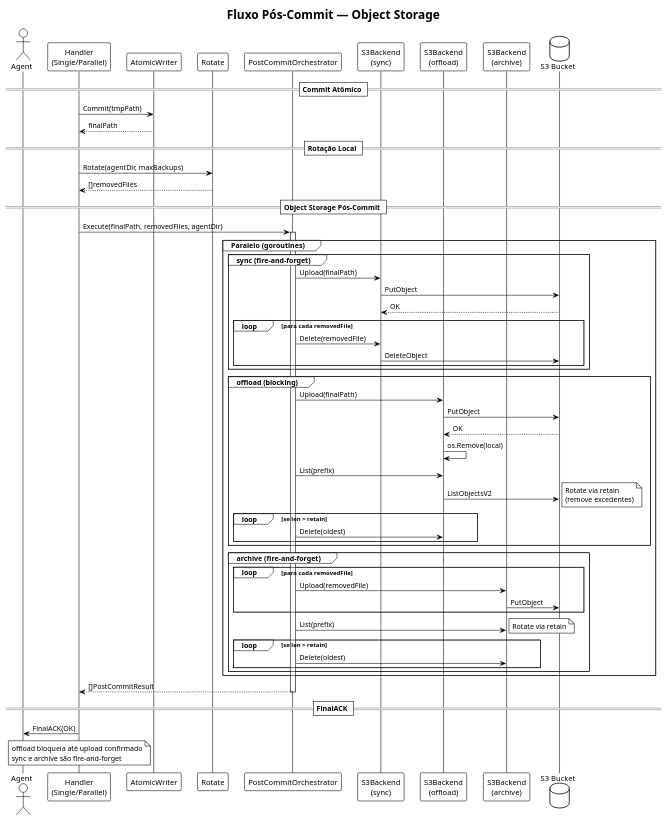
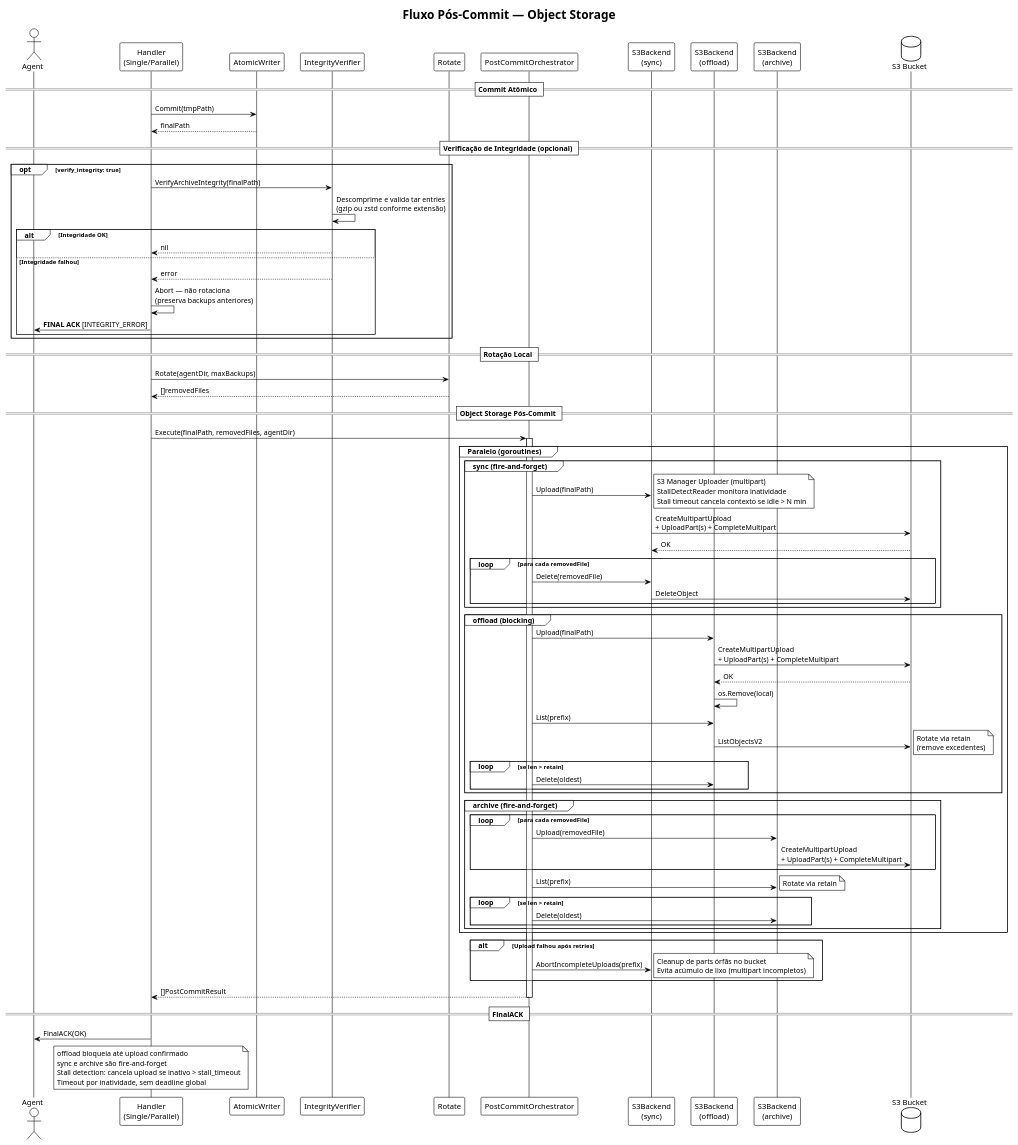
The diagram in docs/diagrams/post_commit_sync.puml (nishisan-dev/n-backup), drawn with PlantUML before and after one commit. The commit also changed 7 other files, not shown here.

First line of the commit message:
docs: atualizar arquitetura e diagramas com componentes atuais

```diff
--- a/docs/diagrams/post_commit_sync.puml
+++ b/docs/diagrams/post_commit_sync.puml
@@ -1,82 +1,112 @@
 @startuml post_commit_sync
 !theme plain
 
 title Fluxo Pós-Commit — Object Storage
 
 actor Agent
 participant "Handler\n(Single/Parallel)" as Handler
 participant "AtomicWriter" as AW
+participant "IntegrityVerifier" as IV
 participant "Rotate" as Rotate
 participant "PostCommitOrchestrator" as PCO
 participant "S3Backend\n(sync)" as Sync
 participant "S3Backend\n(offload)" as Offload
 participant "S3Backend\n(archive)" as Archive
 database "S3 Bucket" as S3
 
 == Commit Atômico ==
 
 Handler -> AW: Commit(tmpPath)
 AW --> Handler: finalPath
+
+== Verificação de Integridade (opcional) ==
+
+opt verify_integrity: true
+  Handler -> IV: VerifyArchiveIntegrity(finalPath)
+  IV -> IV: Descomprime e valida tar entries\n(gzip ou zstd conforme extensão)
+  alt Integridade OK
+    IV --> Handler: nil
+  else Integridade falhou
+    IV --> Handler: error
+    Handler -> Handler: Abort — não rotaciona\n(preserva backups anteriores)
+    Handler -> Agent: **FINAL ACK** [INTEGRITY_ERROR]
+  end
+end
 
 == Rotação Local ==
 
 Handler -> Rotate: Rotate(agentDir, maxBackups)
 Rotate --> Handler: []removedFiles
 
 == Object Storage Pós-Commit ==
 
 Handler -> PCO: Execute(finalPath, removedFiles, agentDir)
 activate PCO
 
 group Paralelo (goroutines)
 
   group sync (fire-and-forget)
     PCO -> Sync: Upload(finalPath)
-    Sync -> S3: PutObject
+    note right
+      S3 Manager Uploader (multipart)
+      StallDetectReader monitora inatividade
+      Stall timeout cancela contexto se idle > N min
+    end note
+    Sync -> S3: CreateMultipartUpload\n+ UploadPart(s) + CompleteMultipart
     S3 --> Sync: OK
     loop para cada removedFile
       PCO -> Sync: Delete(removedFile)
       Sync -> S3: DeleteObject
     end
   end
 
   group offload (blocking)
     PCO -> Offload: Upload(finalPath)
-    Offload -> S3: PutObject
+    Offload -> S3: CreateMultipartUpload\n+ UploadPart(s) + CompleteMultipart
     S3 --> Offload: OK
     Offload -> Offload: os.Remove(local)
     PCO -> Offload: List(prefix)
     Offload -> S3: ListObjectsV2
     note right: Rotate via retain\n(remove excedentes)
     loop se len > retain
       PCO -> Offload: Delete(oldest)
     end
   end
 
   group archive (fire-and-forget)
     loop para cada removedFile
       PCO -> Archive: Upload(removedFile)
-      Archive -> S3: PutObject
+      Archive -> S3: CreateMultipartUpload\n+ UploadPart(s) + CompleteMultipart
     end
     PCO -> Archive: List(prefix)
     note right: Rotate via retain
     loop se len > retain
       PCO -> Archive: Delete(oldest)
     end
   end
 
+end
+
+alt Upload falhou após retries
+  PCO -> Sync: AbortIncompleteUploads(prefix)
+  note right
+    Cleanup de parts órfãs no bucket
+    Evita acúmulo de lixo (multipart incompletos)
+  end note
 end
 
 PCO --> Handler: []PostCommitResult
 deactivate PCO
 
 == FinalACK ==
 
 Handler -> Agent: FinalACK(OK)
 
 note over Handler
   offload bloqueia até upload confirmado
   sync e archive são fire-and-forget
+  Stall detection: cancela upload se inativo > stall_timeout
+  Timeout por inatividade, sem deadline global
 end note
 
 @enduml
```
